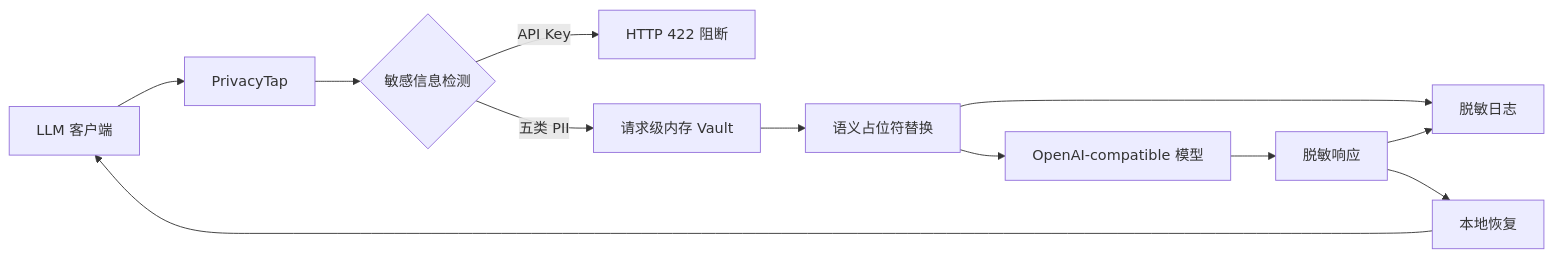
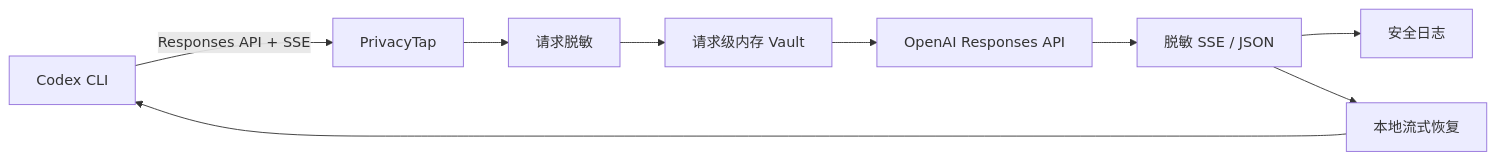
Before and after one commit to aRookiehuang/privacyTap: the diagram in README.md, drawn with Mermaid. The commit also changed other lines of this file and 4 other files, not shown here.

Commit message:
docs: add real Codex privacy proxy demo

````diff
--- a/README.md
+++ b/README.md
@@ -11,14 +14,11 @@
 ```mermaid
 flowchart LR
-    A["LLM 客户端"] --> B["PrivacyTap"]
-    B --> C{"敏感信息检测"}
-    C -->|"API Key"| X["HTTP 422 阻断"]
-    C -->|"五类 PII"| D["请求级内存 Vault"]
-    D --> E["语义占位符替换"]
-    E --> F["OpenAI-compatible 模型"]
-    E --> G["脱敏日志"]
-    F --> H["脱敏响应"]
-    H --> G
-    H --> I["本地恢复"]
-    I --> A
+    A["Codex CLI"] -->|"Responses API + SSE"| B["PrivacyTap"]
+    B --> C["请求脱敏"]
+    C --> D["请求级内存 Vault"]
+    D --> E["OpenAI Responses API"]
+    E --> F["脱敏 SSE / JSON"]
+    F --> G["安全日志"]
+    F --> H["本地流式恢复"]
+    H --> A
 ```
````
